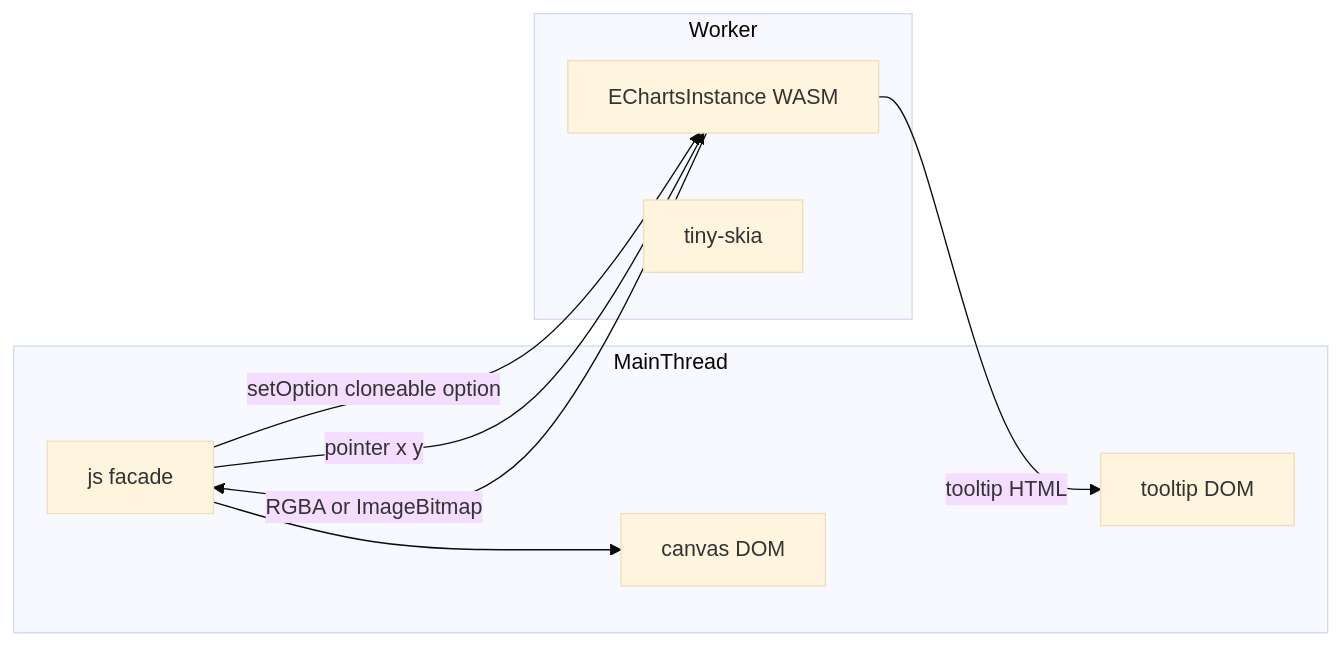
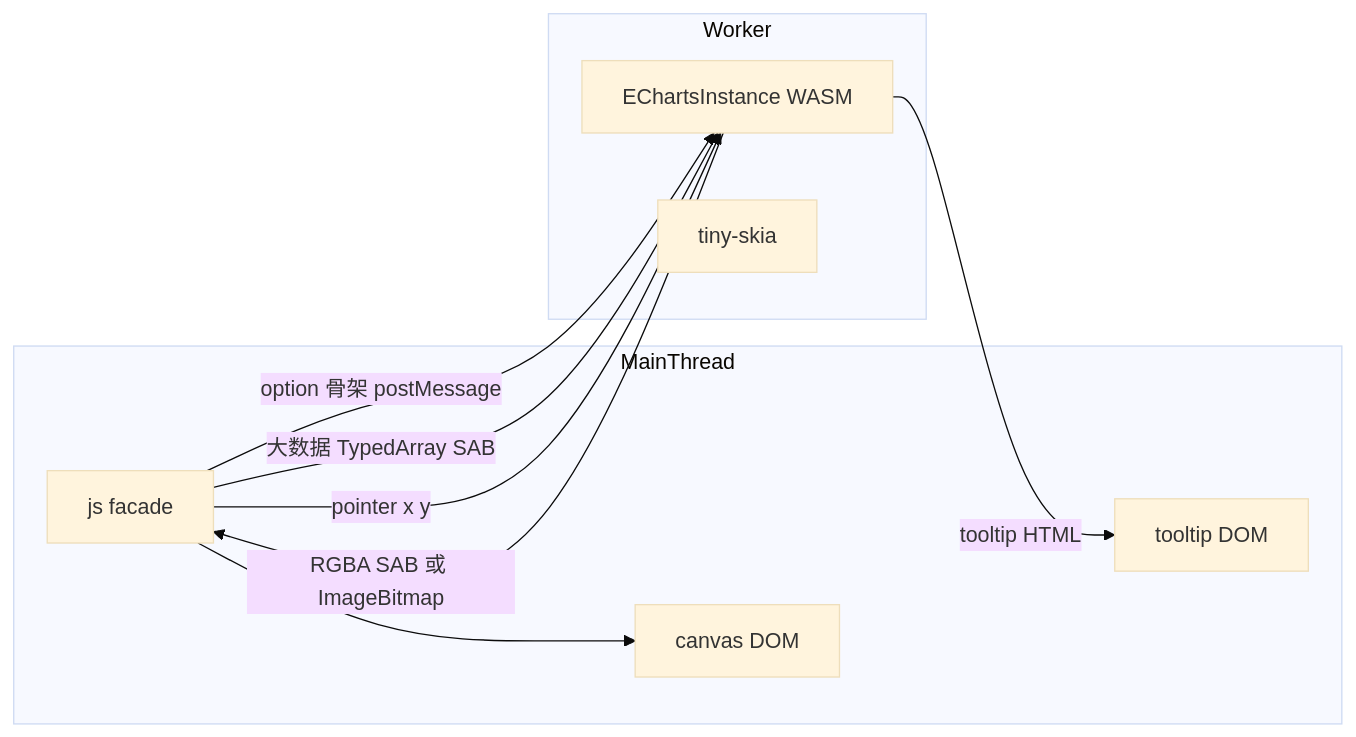
One commit to shenjunjian/wasm-echarts changed the diagram in .cursor/plans/示例独立与worker_72612d7b.plan.md. Above: the diagram before and after it, drawn with Mermaid (base theme). The commit also changed other lines of this file and 5 other files, not shown here.

````diff
--- a/.cursor/plans/示例独立与worker_72612d7b.plan.md
+++ b/.cursor/plans/示例独立与worker_72612d7b.plan.md
@@ -81,17 +81,18 @@
 ```mermaid
 flowchart LR
   subgraph main [MainThread]
     Canvas[canvas DOM]
     Facade[js facade]
     Tip[tooltip DOM]
   end
   subgraph worker [Worker]
     Wasm[EChartsInstance WASM]
     Skia[tiny-skia]
   end
-  Facade -->|"setOption cloneable option"| Wasm
+  Facade -->|"option 骨架 postMessage"| Wasm
+  Facade -->|"大数据 TypedArray SAB"| Wasm
   Facade -->|"pointer x y"| Wasm
-  Wasm -->|"RGBA or ImageBitmap"| Facade
+  Wasm -->|"RGBA SAB 或 ImageBitmap"| Facade
   Wasm -->|"tooltip HTML"| Tip
   Facade --> Canvas
 ```
````
